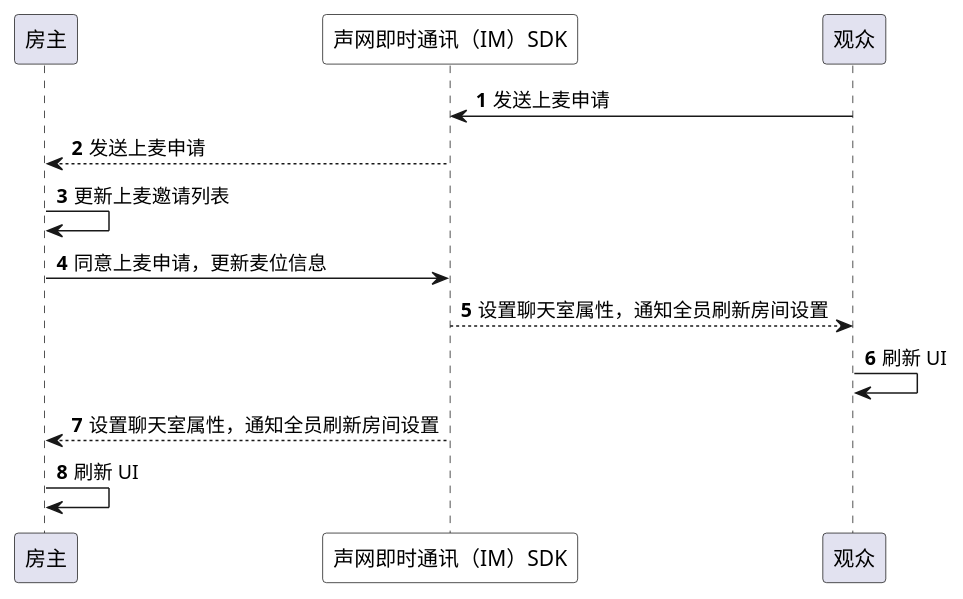
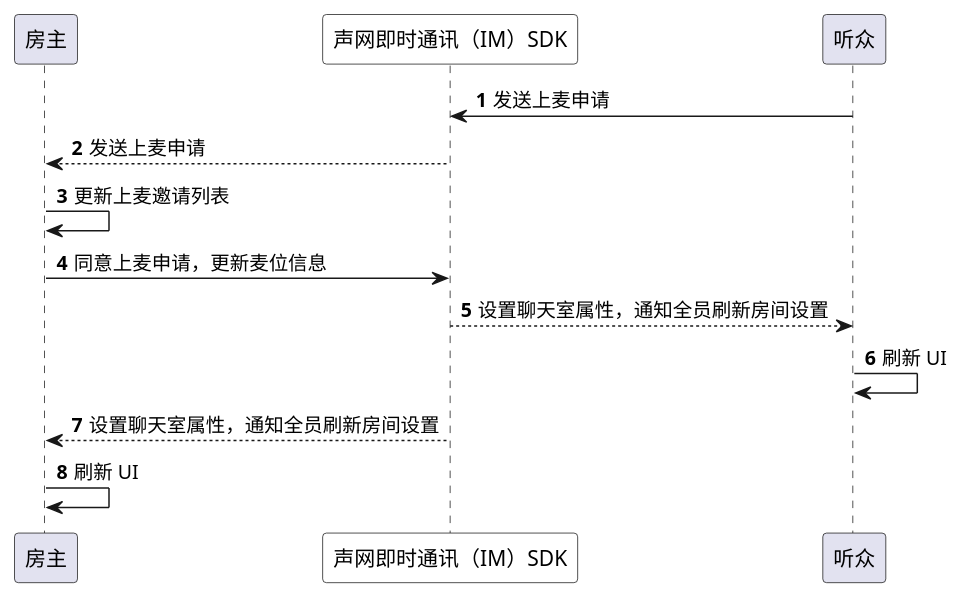
The diagram in markdown/chatroom/观众申请.wsd (AgoraIO/agora_doc_source), drawn with PlantUML before and after one commit. The commit also changed 10 other files, not shown here.

```diff
--- a/markdown/chatroom/观众申请.wsd
+++ b/markdown/chatroom/观众申请.wsd
@@ -1,14 +1,14 @@
 @startuml
 autonumber
 participant "房主" as a
 participant "声网即时通讯（IM）SDK" as b #White
-participant "观众" as c
+participant "听众" as c
 c -> b: 发送上麦申请
 b --> a: 发送上麦申请
 a -> a: 更新上麦邀请列表
 a -> b: 同意上麦申请，更新麦位信息
 b --> c: 设置聊天室属性，通知全员刷新房间设置
 c -> c: 刷新 UI
 b --> a: 设置聊天室属性，通知全员刷新房间设置
 a -> a: 刷新 UI
 @enduml
```
